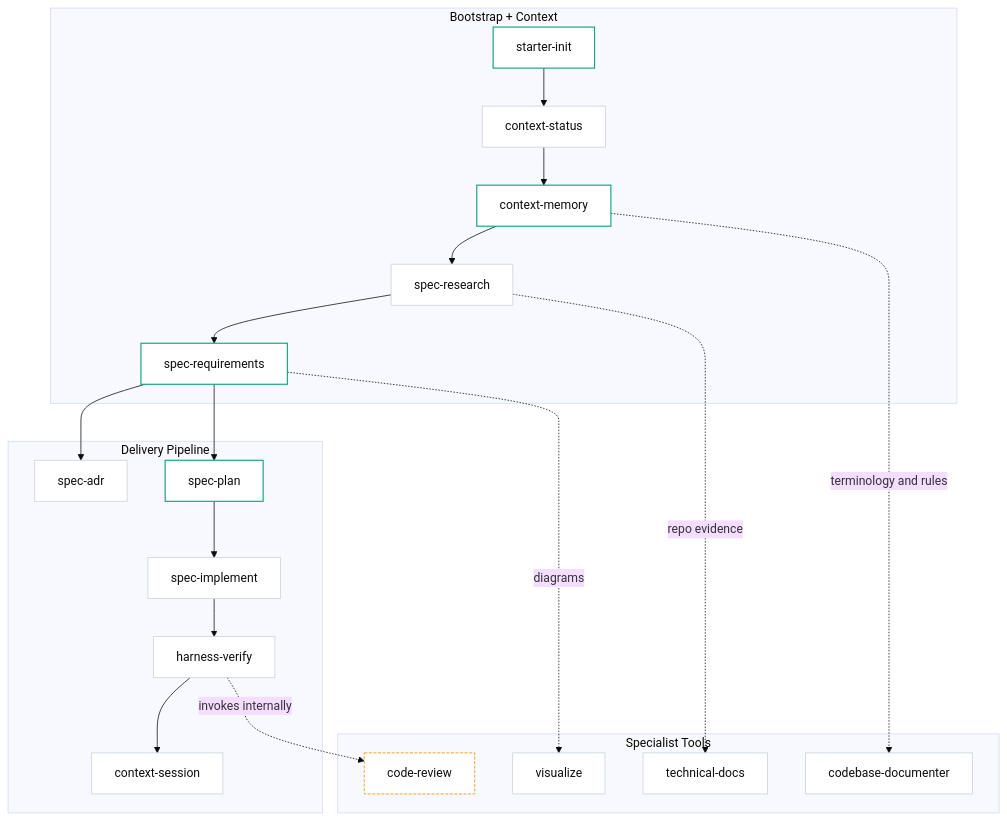
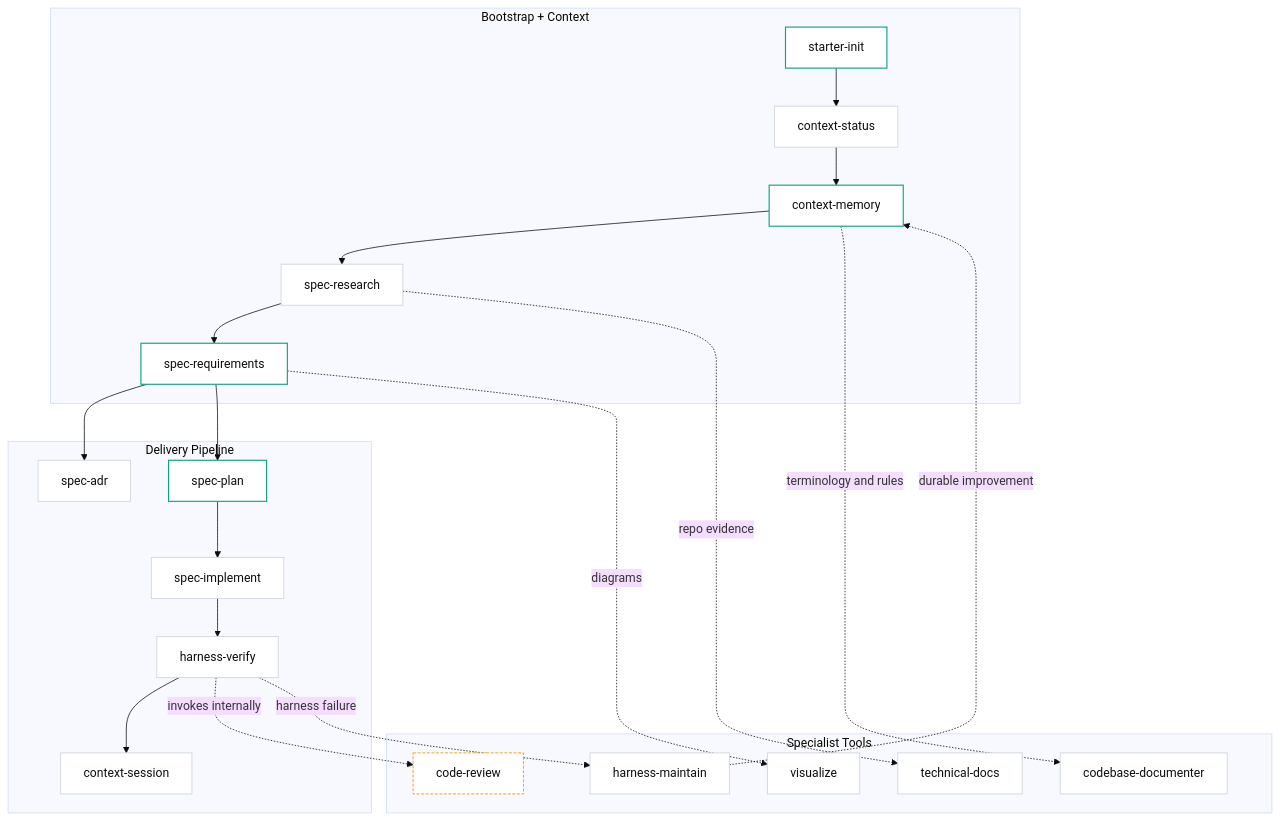
Before and after one commit to thaihai-swe/CoreZero-Nexus: the second of 2 diagrams in documents/architecture.md, drawn with Mermaid (base theme). The commit also changed other lines of this file and 3 other files, not shown here.

````diff
--- a/documents/architecture.md
+++ b/documents/architecture.md
@@ -258,47 +258,51 @@
 ```mermaid
 flowchart TB
     subgraph OC["Bootstrap + Context"]
         START["starter-init"]
         STATUS["context-status"]
         MEMORY["context-memory"]
         RESEARCH["spec-research"]
         SPEC["spec-requirements"]
     end
 
     subgraph DP["Delivery Pipeline"]
         ADR["spec-adr"]
         PLAN["spec-plan"]
         IMPL["spec-implement"]
         VERIFY["harness-verify"]
         HAND["context-session"]
     end
 
     subgraph ST["Specialist Tools"]
         VIS["visualize"]
         CR["code-review"]
         TECDOC["technical-docs"]
         CODE["codebase-documenter"]
+        MAINTAIN["harness-maintain"]
     end
 
     START --> STATUS
     STATUS --> MEMORY
     MEMORY --> RESEARCH
     RESEARCH --> SPEC
     SPEC --> ADR
     SPEC --> PLAN
     PLAN --> IMPL
     IMPL --> VERIFY
     VERIFY --> HAND
     VERIFY -. invokes internally .-> CR
 
+    VERIFY -. harness failure .-> MAINTAIN
+    MAINTAIN -. durable improvement .-> MEMORY
+
     RESEARCH -. repo evidence .-> TECDOC
     MEMORY -. terminology and rules .-> CODE
     SPEC -. diagrams .-> VIS
 
     classDef primary fill:#ffffff,stroke:#10a37f,color:#0d0d0d,stroke-width:1.5px;
     classDef neutral fill:#ffffff,stroke:#d0d7de,color:#0d0d0d,stroke-width:1.2px;
     classDef internal fill:#ffffff,stroke:#f59e0b,color:#0d0d0d,stroke-width:1.2px,stroke-dasharray:4 2;
     class START,MEMORY,SPEC,PLAN primary;
-    class STATUS,RESEARCH,ADR,IMPL,VERIFY,HAND,VIS,TECDOC,CODE neutral;
+    class STATUS,RESEARCH,ADR,IMPL,VERIFY,HAND,VIS,TECDOC,CODE,MAINTAIN neutral;
     class CR internal;
 ```
````
